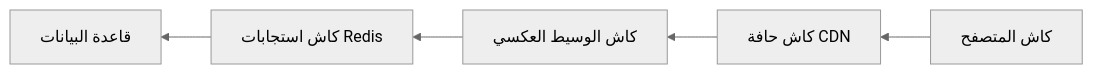
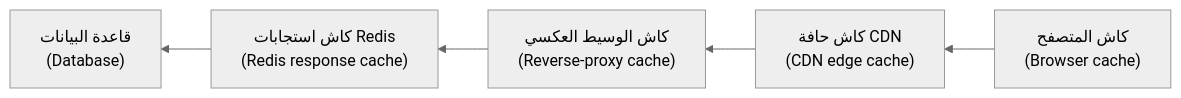
Before and after one commit to Tamoura/system-design-for-vibe-coders: the second of 5 diagrams in modules/03-caching/module.ar.md, drawn with Mermaid (neutral theme). The commit also changed other lines of this file and 62 other files, not shown here.

First line of the commit message:
Arabic editions: English on every diagram label, RTL fixes, rebuild

````diff
--- a/modules/03-caching/module.ar.md
+++ b/modules/03-caching/module.ar.md
@@ -85,7 +85,7 @@
 ```mermaid
 flowchart RL
-    B["كاش المتصفح"] --> CDN["كاش حافة CDN"]
-    CDN --> P["كاش الوسيط العكسي"]
-    P --> R["كاش استجابات Redis"]
-    R --> DB["قاعدة البيانات"]
+    B["كاش المتصفح<br/>(Browser cache)"] --> CDN["كاش حافة CDN<br/>(CDN edge cache)"]
+    CDN --> P["كاش الوسيط العكسي<br/>(Reverse-proxy cache)"]
+    P --> R["كاش استجابات Redis<br/>(Redis response cache)"]
+    R --> DB["قاعدة البيانات<br/>(Database)"]
 ```
````
